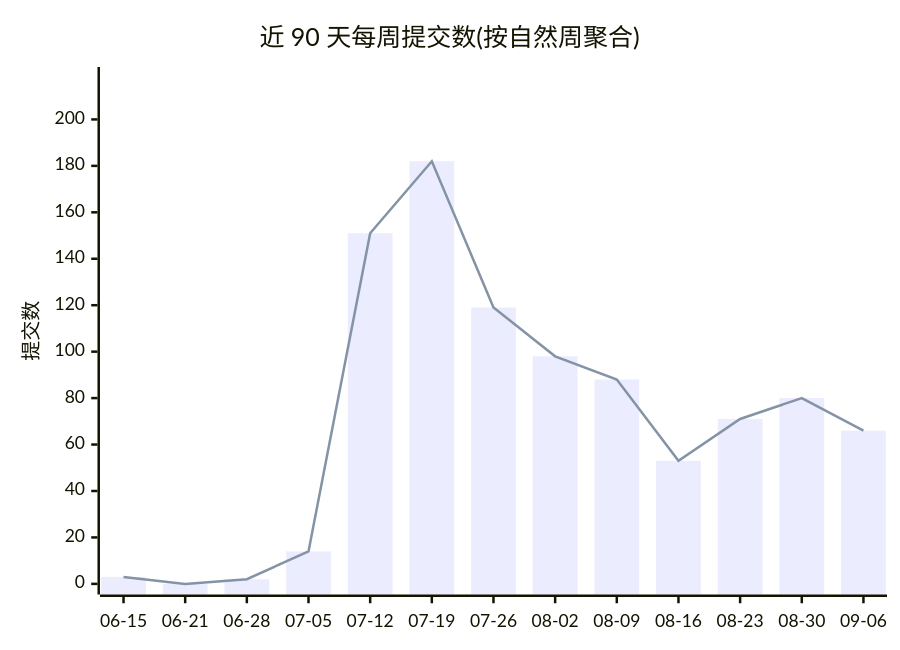
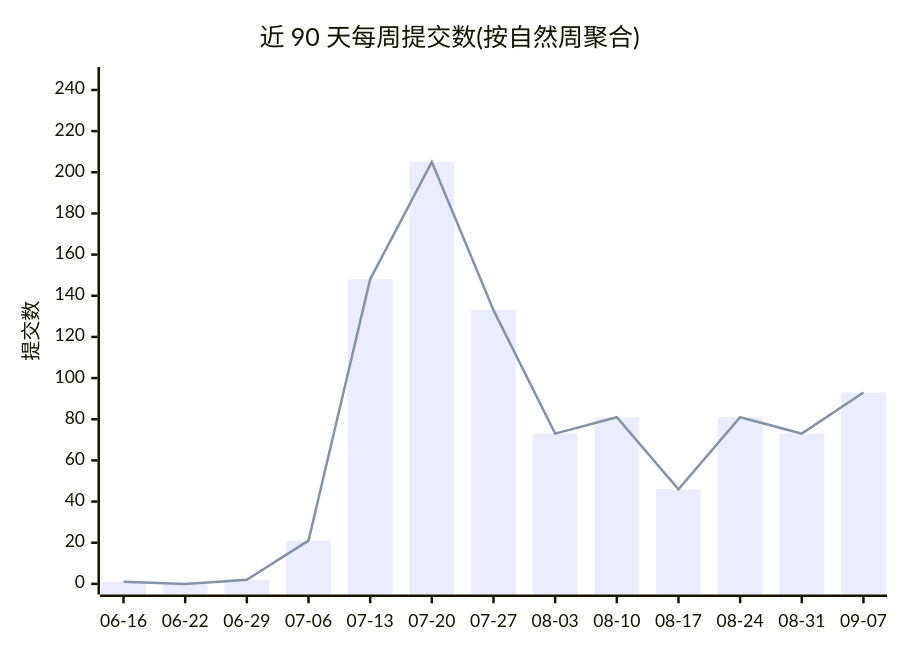
One commit to Conflux-Union/.github changed the first of 2 diagrams in profile/README.md. Above: the diagram before and after it, drawn with Mermaid. The commit also changed other lines of this file and 1 other file, not shown here.

````diff
--- a/profile/README.md
+++ b/profile/README.md
@@ -44,8 +44,8 @@
 ```mermaid
 xychart-beta
     title "近 90 天每周提交数(按自然周聚合)"
-    x-axis ["06-15", "06-21", "06-28", "07-05", "07-12", "07-19", "07-26", "08-02", "08-09", "08-16", "08-23", "08-30", "09-06"]
-    y-axis "提交数" 0 --> 218
-    bar [3, 0, 2, 14, 151, 182, 119, 98, 88, 53, 71, 80, 66]
-    line [3, 0, 2, 14, 151, 182, 119, 98, 88, 53, 71, 80, 66]
+    x-axis ["06-16", "06-22", "06-29", "07-06", "07-13", "07-20", "07-27", "08-03", "08-10", "08-17", "08-24", "08-31", "09-07"]
+    y-axis "提交数" 0 --> 246
+    bar [1, 0, 2, 21, 148, 205, 133, 73, 81, 46, 81, 73, 93]
+    line [1, 0, 2, 21, 148, 205, 133, 73, 81, 46, 81, 73, 93]
 ```
````
